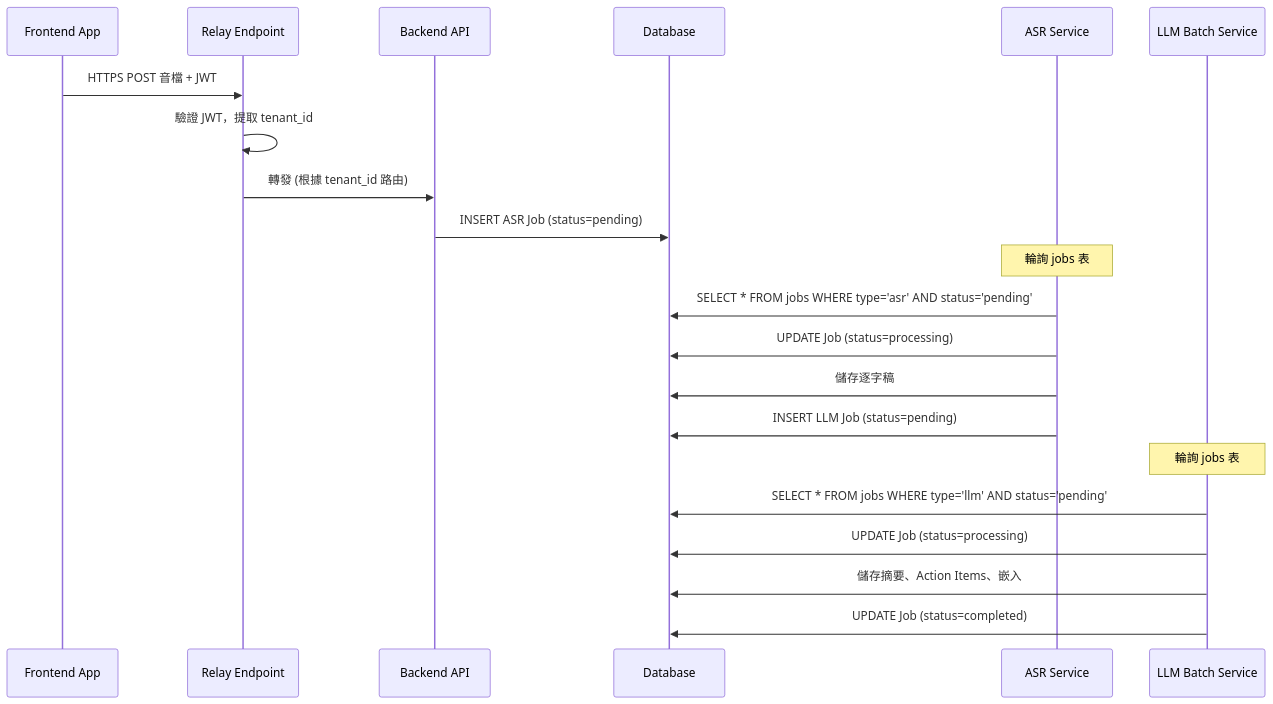
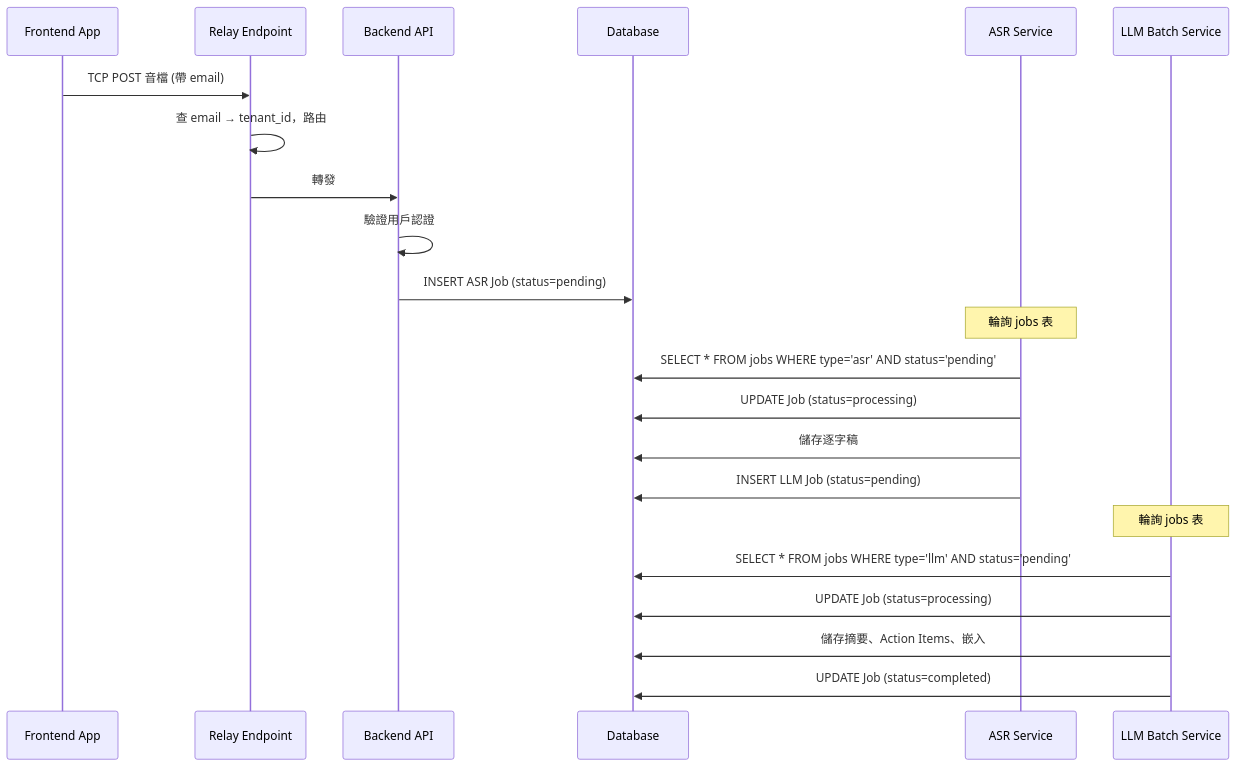
One commit to marychoucool/sentinelDesign changed the first of 4 diagrams in containerDiagram.md. Above: the diagram before and after it, drawn with Mermaid. The commit also changed other lines of this file and 5 other files, not shown here.

````diff
--- a/containerDiagram.md
+++ b/containerDiagram.md
@@ -81,26 +79,27 @@
 ```mermaid
 sequenceDiagram
     participant FE as Frontend App
     participant Relay as Relay Endpoint
     participant API as Backend API
     participant DB as Database
     participant ASR as ASR Service
     participant LLM as LLM Batch Service
 
-    FE->>Relay: HTTPS POST 音檔 + JWT
-    Relay->>Relay: 驗證 JWT，提取 tenant_id
-    Relay->>API: 轉發 (根據 tenant_id 路由)
+    FE->>Relay: TCP POST 音檔 (帶 email)
+    Relay->>Relay: 查 email → tenant_id，路由
+    Relay->>API: 轉發
+    API->>API: 驗證用戶認證
     API->>DB: INSERT ASR Job (status=pending)
 
     Note over ASR: 輪詢 jobs 表
     ASR->>DB: SELECT * FROM jobs WHERE type='asr' AND status='pending'
     ASR->>DB: UPDATE Job (status=processing)
     ASR->>DB: 儲存逐字稿
     ASR->>DB: INSERT LLM Job (status=pending)
 
     Note over LLM: 輪詢 jobs 表
     LLM->>DB: SELECT * FROM jobs WHERE type='llm' AND status='pending'
     LLM->>DB: UPDATE Job (status=processing)
     LLM->>DB: 儲存摘要、Action Items、嵌入
     LLM->>DB: UPDATE Job (status=completed)
 ```
````
